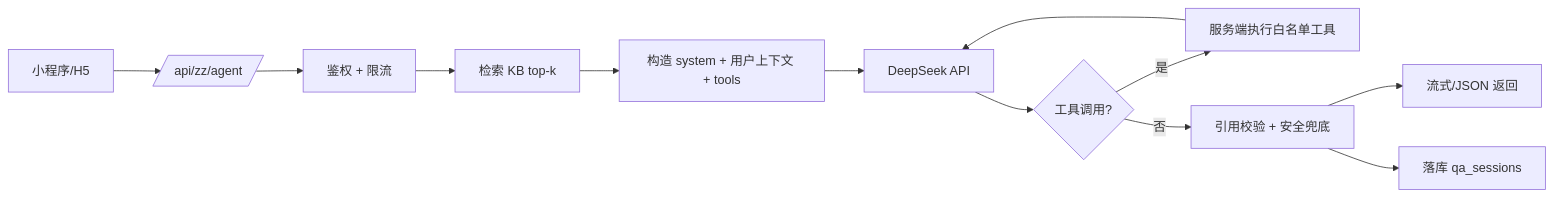
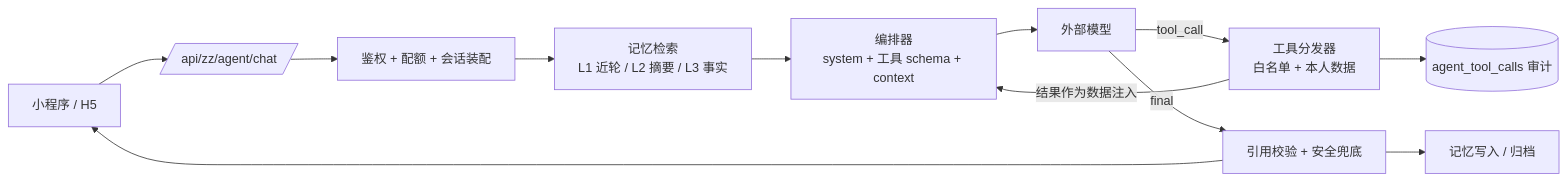
The diagram in docs/ai-agent.md (fire-disposal/carehaven), drawn with Mermaid before and after one commit. The commit also changed other lines of this file and 16 other files, not shown here.

````diff
--- a/docs/ai-agent.md
+++ b/docs/ai-agent.md
@@ -26,14 +31,14 @@
 ```mermaid
 flowchart LR
-  A[小程序/H5] --> B[/api/zz/agent/]
-  B --> C[鉴权 + 限流]
-  C --> D[检索 KB top-k]
-  D --> E[构造 system + 用户上下文 + tools]
-  E --> F[DeepSeek API]
-  F --> G{工具调用?}
-  G -->|是| H[服务端执行白名单工具]
-  H --> F
-  G -->|否| I[引用校验 + 安全兜底]
-  I --> J[流式/JSON 返回]
-  I --> K[落库 qa_sessions]
+  C[小程序 / H5] --> G[/api/zz/agent/chat/]
+  G --> A[鉴权 + 配额 + 会话装配]
+  A --> M[记忆检索<br/>L1 近轮 / L2 摘要 / L3 事实]
+  M --> O[编排器<br/>system + 工具 schema + context]
+  O --> L[外部模型]
+  L -->|tool_call| T[工具分发器<br/>白名单 + 本人数据]
+  T -->|结果作为数据注入| O
+  L -->|final| R[引用校验 + 安全兜底]
+  R --> C
+  R --> W[记忆写入 / 归档]
+  T --> AUD[(agent_tool_calls 审计)]
 ```
````
